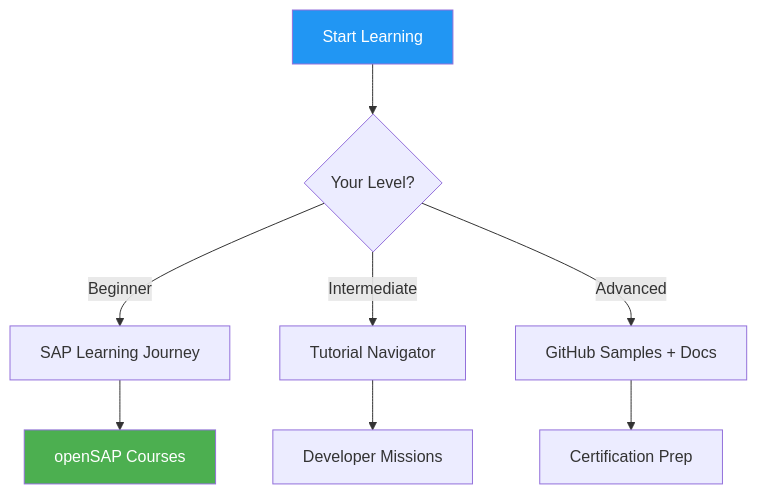
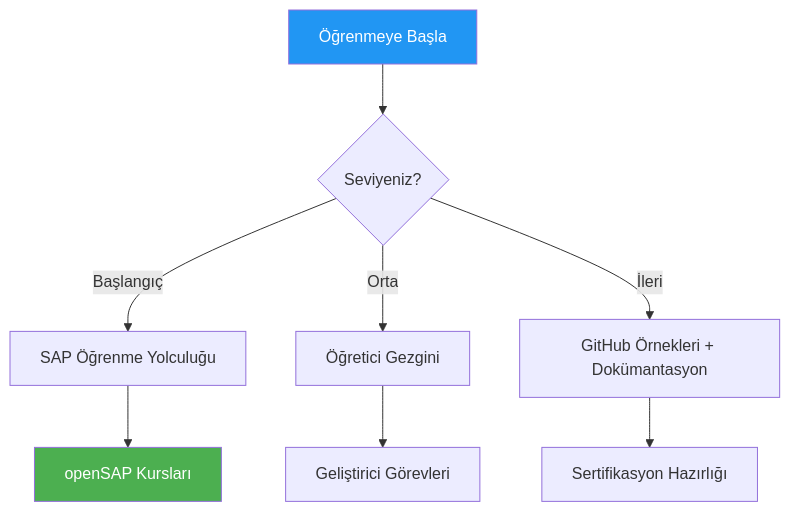
Before and after one commit to beyhanmeyrali/sap-all: the third of 3 diagrams in Technical Tutorials/BTP/TR/chapters/appendix-c-resources.md, drawn with Mermaid. The commit also changed other lines of this file and 11 other files, not shown here.

````diff
--- a/Technical Tutorials/BTP/TR/chapters/appendix-c-resources.md
+++ b/Technical Tutorials/BTP/TR/chapters/appendix-c-resources.md
@@ -135,15 +135,15 @@
 ```mermaid
 flowchart TD
-    START[Start Learning] --> LEVEL{Your Level?}
+    START[Öğrenmeye Başla] --> LEVEL{Seviyeniz?}
 
-    LEVEL --> |"Beginner"| BEG[SAP Learning Journey]
-    LEVEL --> |"Intermediate"| INT[Tutorial Navigator]
-    LEVEL --> |"Advanced"| ADV[GitHub Samples + Docs]
+    LEVEL --> |"Başlangıç"| BEG[SAP Öğrenme Yolculuğu]
+    LEVEL --> |"Orta"| INT[Öğretici Gezgini]
+    LEVEL --> |"İleri"| ADV[GitHub Örnekleri + Dokümantasyon]
 
-    BEG --> OPENSAP[openSAP Courses]
-    INT --> MISSIONS[Developer Missions]
-    ADV --> CERT[Certification Prep]
+    BEG --> OPENSAP[openSAP Kursları]
+    INT --> MISSIONS[Geliştirici Görevleri]
+    ADV --> CERT[Sertifikasyon Hazırlığı]
 
     style START fill:#2196F3,color:white
     style OPENSAP fill:#4CAF50,color:white
 ```
````
